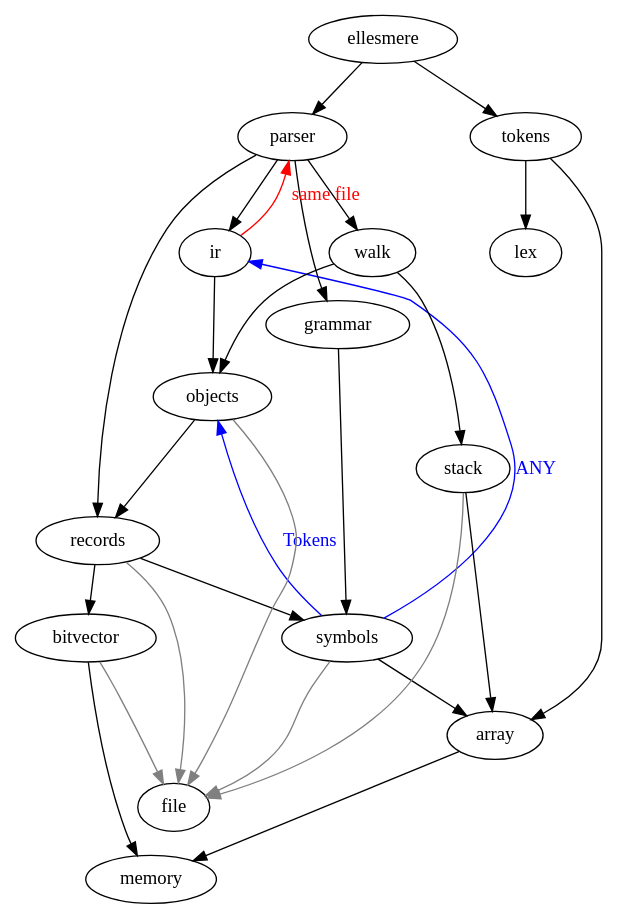
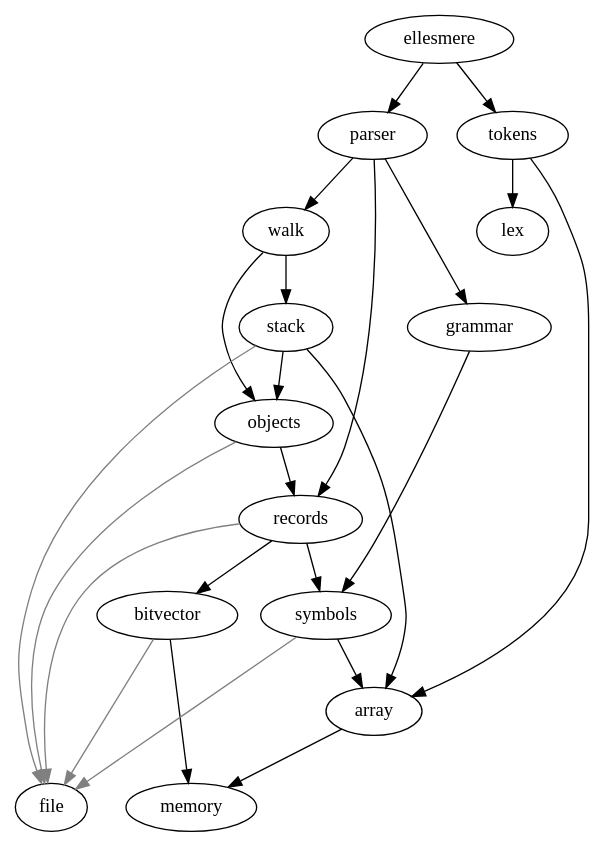
The diagram in modules.dot (prdoyle/ellesmere), drawn with Graphviz before and after one commit. The commit also changed 12 other files, not shown here.

```diff
--- a/modules.dot
+++ b/modules.dot
@@ -1,36 +1,34 @@
 
 digraph "Module dependencies" {
 	ellesmere [ rank=source ]
 	array      -> memory
 	bitvector  -> memory
 	records    -> symbols
 	records    -> bitvector
 	objects    -> records
 	parser     -> walk
 	parser     -> records
 	ellesmere  -> parser
 	ellesmere  -> tokens
 	stack      -> array
+	stack      -> objects
 	symbols    -> array
 	tokens     -> array
 	grammar    -> symbols
 	parser     -> grammar
 	tokens     -> lex
-	parser     -> ir
-	ir         -> objects
+//	parser     -> ir
+//	ir         -> objects
 	walk       -> objects
 	walk       -> stack
 
-	symbols    -> objects [ color=blue fontcolor=blue constraint=false label=Tokens ]  // objects.c should manage the tokens, not symbols.c
-	symbols    -> ir      [ color=blue fontcolor=blue constraint=false label=ANY    ]  // Is this one ok?
-
 	// Bad dependencies
-	ir         -> parser  [ color=red fontcolor=red  constraint=false label="same file" ]  // This should be in its own file
+//	ir         -> parser  [ color=red fontcolor=red  constraint=false label="same file" ]  // This should be in its own file
 
 	// Everything seems to depend on file
 	bitvector  -> file    [ color=grey fontcolor=grey weight=0 ]
 	objects    -> file    [ color=grey fontcolor=grey weight=0 ]
 	records    -> file    [ color=grey fontcolor=grey weight=0 ]
 	stack      -> file    [ color=grey fontcolor=grey weight=0 ]
 	symbols    -> file    [ color=grey fontcolor=grey weight=0 ]
 }
```
